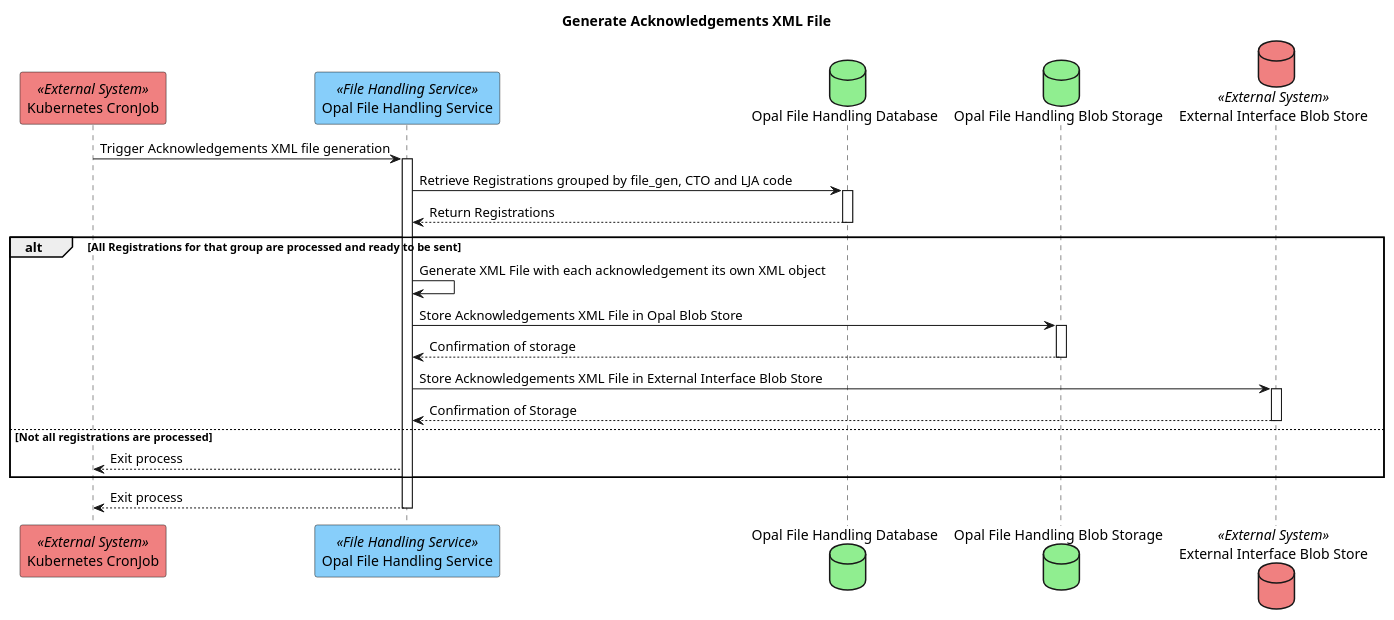
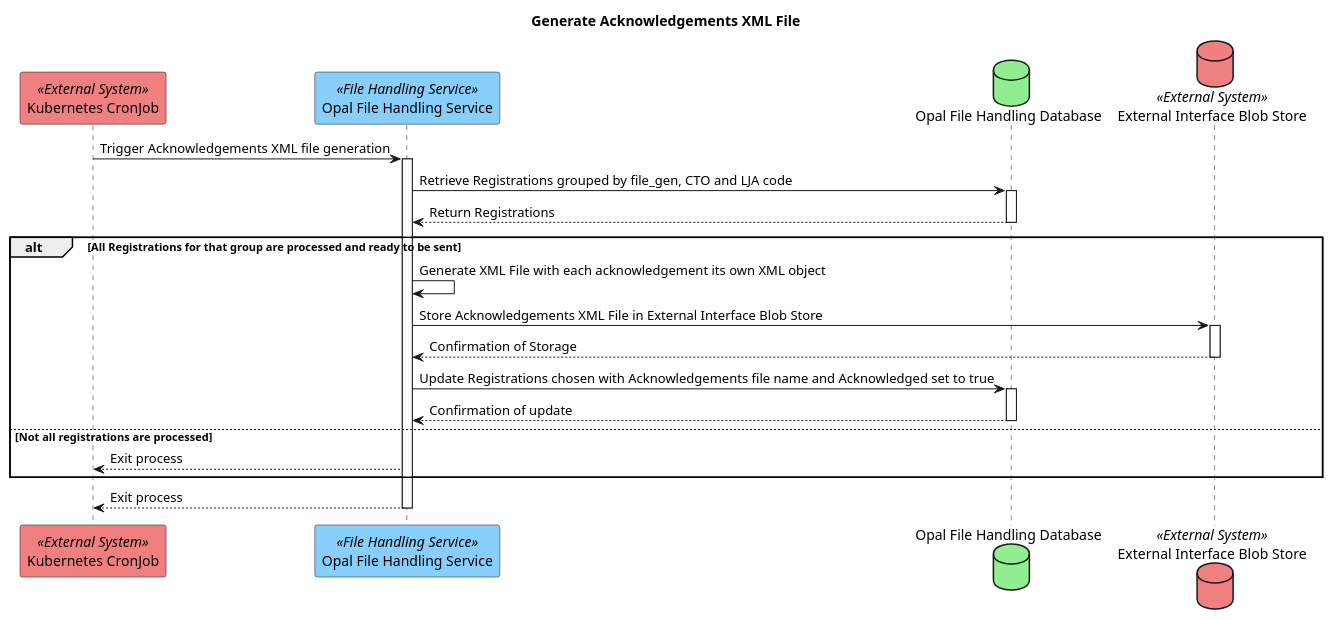
One commit to hmcts/opal-docs changed the diagram in plantUML/external-interfaces/acknowledgements-xml-generation.puml. Above: the diagram before and after it, drawn with PlantUML.

Commit message:
Update XML E2E to remove opal blob store and include record updates

```diff
--- a/plantUML/external-interfaces/acknowledgements-xml-generation.puml
+++ b/plantUML/external-interfaces/acknowledgements-xml-generation.puml
@@ -1,22 +1,21 @@
 @startuml
 title Generate Acknowledgements XML File
 participant "Kubernetes CronJob" as cronjob <<External System>> #LightCoral
 participant "Opal File Handling Service" as fileHandlingService <<File Handling Service>> #LightSkyBlue
 database "Opal File Handling Database" as fileHandlingDb #LightGreen
-database "Opal File Handling Blob Storage" as fileHandlingBlobStorage #LightGreen
 database "External Interface Blob Store" as externalInterfaceBlobStore <<External System>> #LightCoral
 
 cronjob -> fileHandlingService ++ : Trigger Acknowledgements XML file generation
 fileHandlingService -> fileHandlingDb ++ : Retrieve Registrations grouped by file_gen, CTO and LJA code
 fileHandlingDb --> fileHandlingService -- : Return Registrations
 alt All Registrations for that group are processed and ready to be sent
 fileHandlingService -> fileHandlingService : Generate XML File with each acknowledgement its own XML object
-fileHandlingService -> fileHandlingBlobStorage ++ : Store Acknowledgements XML File in Opal Blob Store
-fileHandlingBlobStorage --> fileHandlingService -- : Confirmation of storage
 fileHandlingService -> externalInterfaceBlobStore ++ : Store Acknowledgements XML File in External Interface Blob Store
 externalInterfaceBlobStore --> fileHandlingService -- : Confirmation of Storage
+fileHandlingService -> fileHandlingDb ++ : Update Registrations chosen with Acknowledgements file name and Acknowledged set to true
+fileHandlingDb --> fileHandlingService -- : Confirmation of update
 else Not all registrations are processed
 fileHandlingService --> cronjob : Exit process
 end
 fileHandlingService --> cronjob -- : Exit process
 @enduml
```
